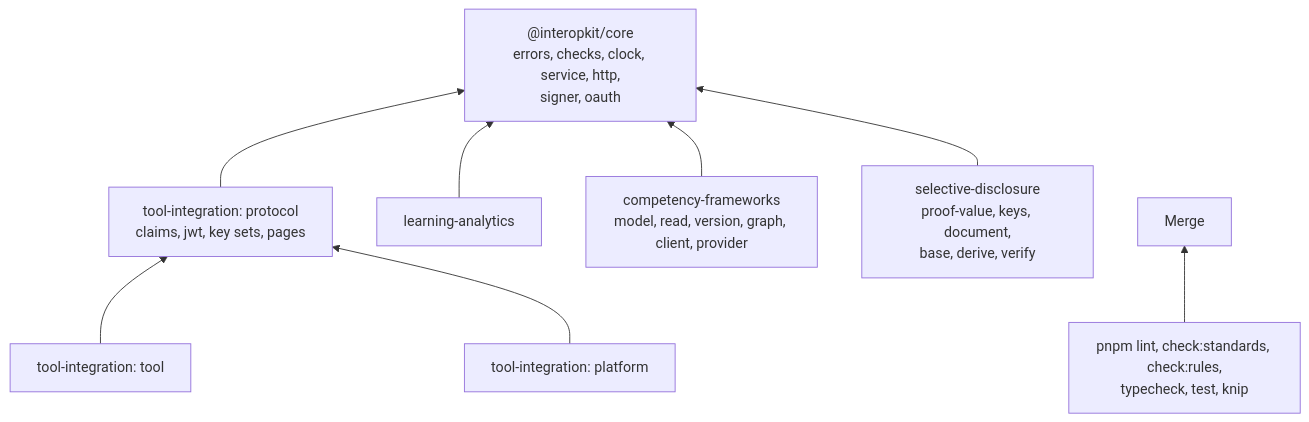
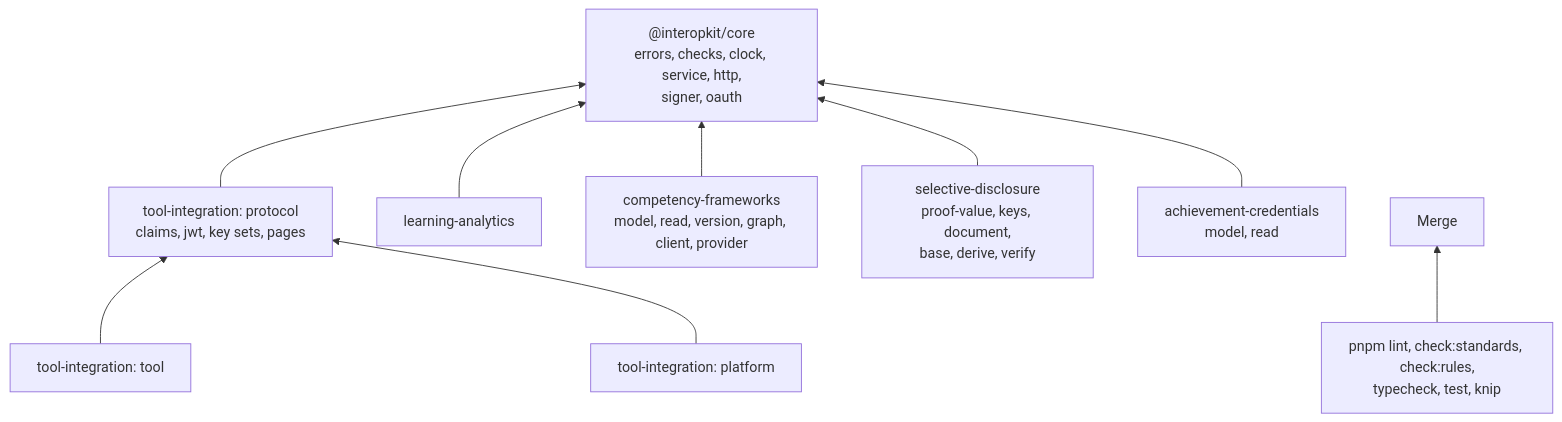
The diagram in AGENTS.md (interopkit/interopkit), drawn with Mermaid before and after one commit. The commit also changed other lines of this file and 87 other files, not shown here.

First line of the commit message:
Add achievement-credentials: the Open Badges 3.0 and CLR 2.0 model and its readers

````diff
--- a/AGENTS.md
+++ b/AGENTS.md
@@ -13,17 +14,19 @@
 ```mermaid
 flowchart BT
   core["@interopkit/core<br/>errors, checks, clock, service, http,<br/>signer, oauth"]
   proto["tool-integration: protocol<br/>claims, jwt, key sets, pages"]
   tool["tool-integration: tool"]
   plat["tool-integration: platform"]
   la["learning-analytics"]
   cf["competency-frameworks<br/>model, read, version, graph, client, provider"]
   sd["selective-disclosure<br/>proof-value, keys, document,<br/>base, derive, verify"]
+  ac["achievement-credentials<br/>model, read"]
   proto --> core
   tool --> proto
   plat --> proto
   la --> core
   cf --> core
   sd --> core
+  ac --> core
   gates["pnpm lint, check:standards, check:rules,<br/>typecheck, test, knip"] --> merge["Merge"]
 ```
````
